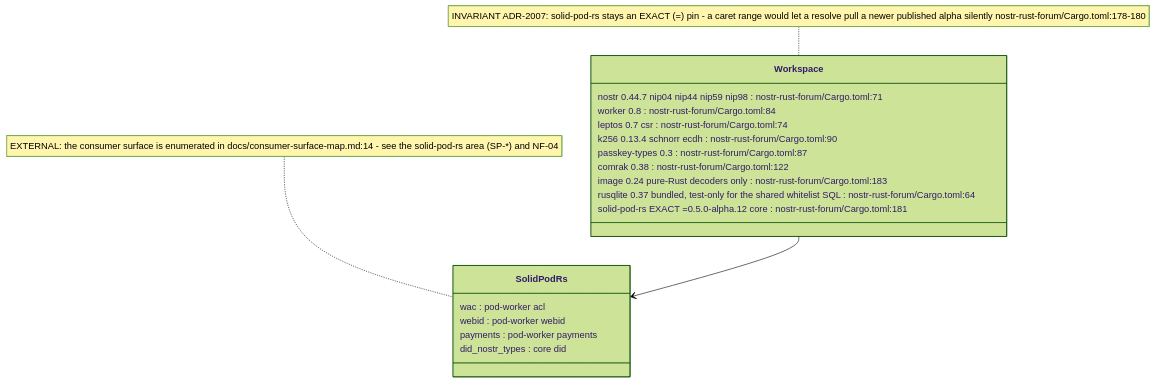
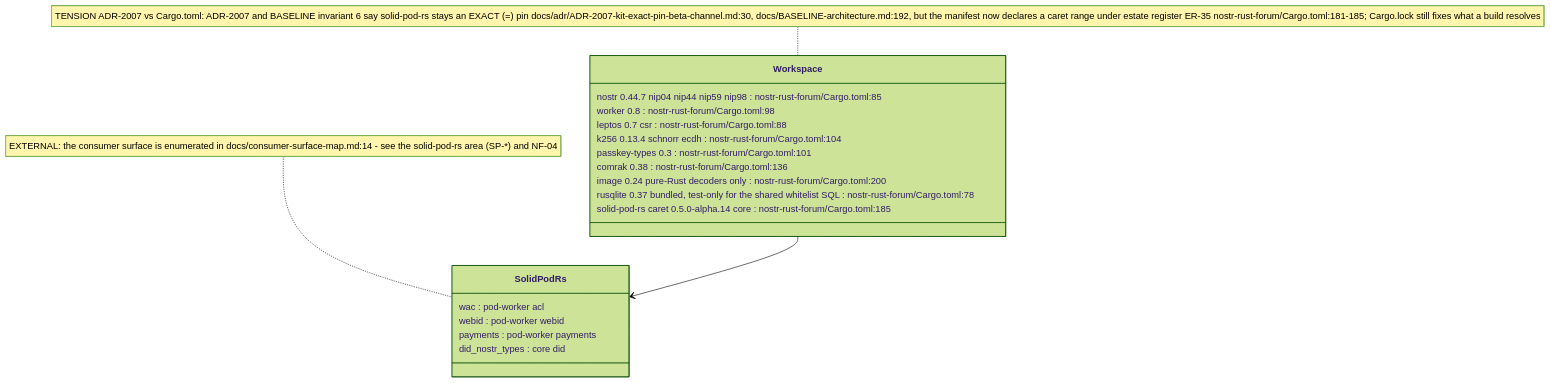
The fourth of 6 diagrams in docs/diagrams/nostr-rust-forum/01-workspace-and-worker-topology.md (DreamLab-AI/VisionFlow), drawn with Mermaid (forest theme) before and after one commit. The commit also changed other lines of this file and 160 other files, not shown here.

````diff
--- a/docs/diagrams/nostr-rust-forum/01-workspace-and-worker-topology.md
+++ b/docs/diagrams/nostr-rust-forum/01-workspace-and-worker-topology.md
@@ -144,24 +154,24 @@
 ```mermaid
 classDiagram
     class Workspace {
-        nostr 0.44.7 nip04 nip44 nip59 nip98 : nostr-rust-forum/Cargo.toml:71
-        worker 0.8 : nostr-rust-forum/Cargo.toml:84
-        leptos 0.7 csr : nostr-rust-forum/Cargo.toml:74
-        k256 0.13.4 schnorr ecdh : nostr-rust-forum/Cargo.toml:90
-        passkey-types 0.3 : nostr-rust-forum/Cargo.toml:87
-        comrak 0.38 : nostr-rust-forum/Cargo.toml:122
-        image 0.24 pure-Rust decoders only : nostr-rust-forum/Cargo.toml:183
-        rusqlite 0.37 bundled, test-only for the shared whitelist SQL : nostr-rust-forum/Cargo.toml:64
-        solid-pod-rs EXACT =0.5.0-alpha.12 core : nostr-rust-forum/Cargo.toml:181
+        nostr 0.44.7 nip04 nip44 nip59 nip98 : nostr-rust-forum/Cargo.toml:85
+        worker 0.8 : nostr-rust-forum/Cargo.toml:98
+        leptos 0.7 csr : nostr-rust-forum/Cargo.toml:88
+        k256 0.13.4 schnorr ecdh : nostr-rust-forum/Cargo.toml:104
+        passkey-types 0.3 : nostr-rust-forum/Cargo.toml:101
+        comrak 0.38 : nostr-rust-forum/Cargo.toml:136
+        image 0.24 pure-Rust decoders only : nostr-rust-forum/Cargo.toml:200
+        rusqlite 0.37 bundled, test-only for the shared whitelist SQL : nostr-rust-forum/Cargo.toml:78
+        solid-pod-rs caret 0.5.0-alpha.14 core : nostr-rust-forum/Cargo.toml:185
     }
     class SolidPodRs {
         wac : pod-worker acl
         webid : pod-worker webid
         payments : pod-worker payments
         did_nostr_types : core did
     }
     Workspace --> SolidPodRs
 
-    note for Workspace "INVARIANT ADR-2007: solid-pod-rs stays an EXACT (=) pin - a caret range would let a resolve pull a newer published alpha silently nostr-rust-forum/Cargo.toml:178-180"
+    note for Workspace "TENSION ADR-2007 vs Cargo.toml: ADR-2007 and BASELINE invariant 6 say solid-pod-rs stays an EXACT (=) pin docs/adr/ADR-2007-kit-exact-pin-beta-channel.md:30, docs/BASELINE-architecture.md:192, but the manifest now declares a caret range under estate register ER-35 nostr-rust-forum/Cargo.toml:181-185; Cargo.lock still fixes what a build resolves"
     note for SolidPodRs "EXTERNAL: the consumer surface is enumerated in docs/consumer-surface-map.md:14 - see the solid-pod-rs area (SP-*) and NF-04"
 ```
````
